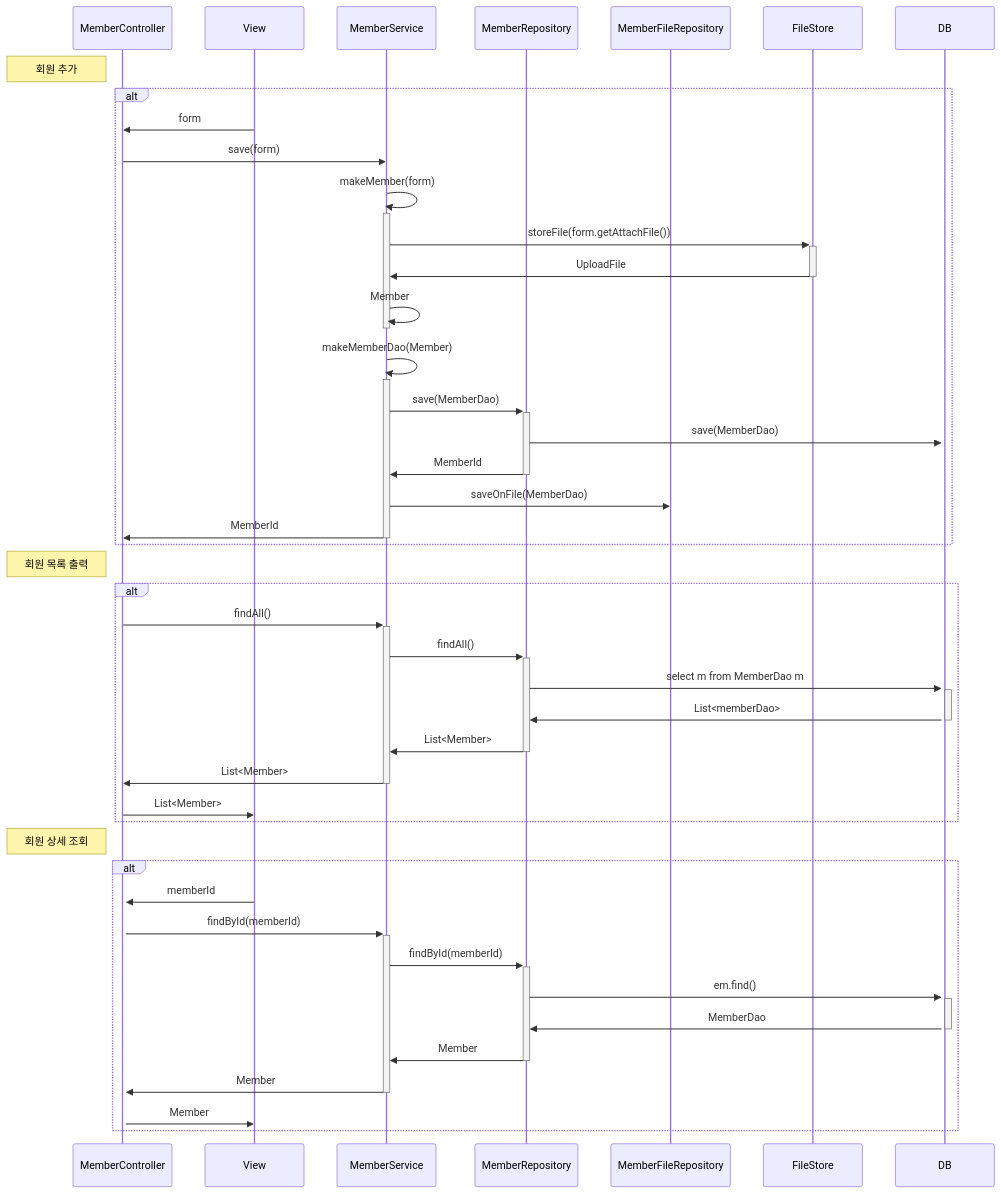
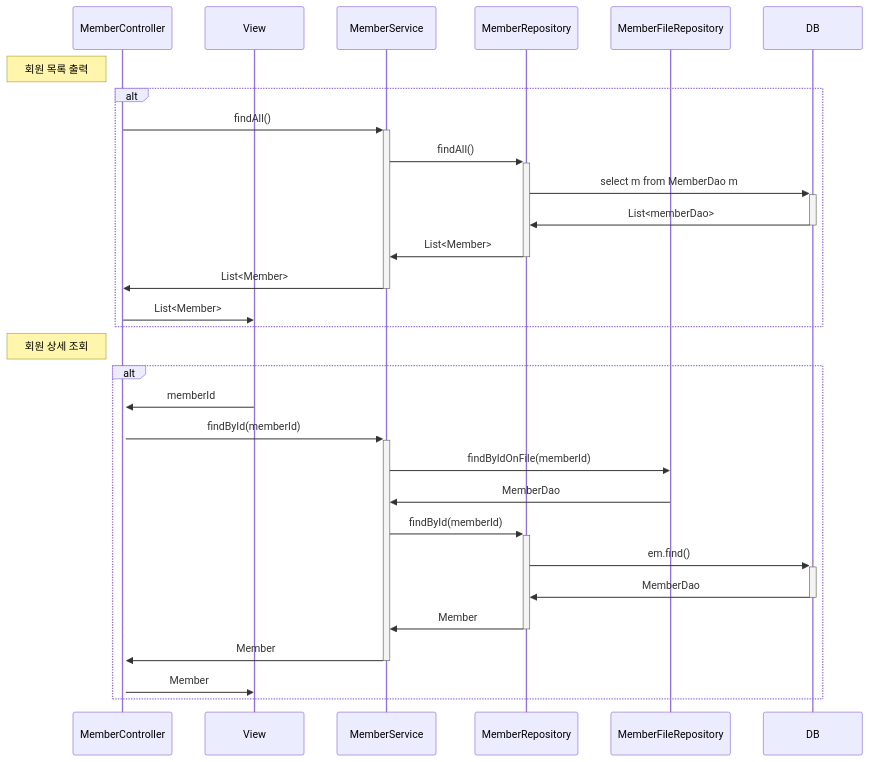
The second of 4 diagrams in seq.md (zittoooo/Page), drawn with Mermaid before and after one commit. The commit also changed other lines of this file and 1 other file, not shown here.

Commit message:
시퀀스 다이어그램 update 수정

````diff
--- a/seq.md
+++ b/seq.md
@@ -1,55 +31,34 @@
 ```mermaid
 sequenceDiagram
     participant C as MemberController
     participant V as View
     participant S as MemberService 
     participant R as MemberRepository
-    participant F as MemberFileRepository 
-
-
-    Note left of C: 회원 추가
-    alt
-    V->>C:form
-    C->>S:save(form)
-    S->>+S:makeMember(form)
-    S->>+FileStore:storeFile(form.getAttachFile())
-    FileStore->>-S:UploadFile
-    S->>-S:Member
-    S->>+S:makeMemberDao(Member)
-    S->>+R:save(MemberDao)
-    R->>+DB:save(MemberDao)
-    R->>-S:MemberId
-    S->>F:saveOnFile(MemberDao)
-    S->>-C:MemberId
-    end
-
+    participant F as MemberFileRepository
 
     Note left of C: 회원 목록 출력
     alt
     C->>+S: findAll()
     S->>+R:findAll();
     R->>+DB: select m from MemberDao m
     DB->>-R: List<memberDao>
     R->>-S: List<Member>
     S->>-C: List<Member>
     C->>V:List<Member>
     end
 
-
     Note left of C: 회원 상세 조회
     alt
     V->>+C:memberId
     C->>+S:findById(memberId)
+    S->>F:findByIdOnFile(memberId)
+    F->>S:MemberDao
     S->>+R:findById(memberId)
     R->>+DB:em.find()    
     DB->>-R:MemberDao
     R->>-S:Member
     S->>-C: Member
     C->>V:Member
     end
 
-
-
-
-
 ```
````
